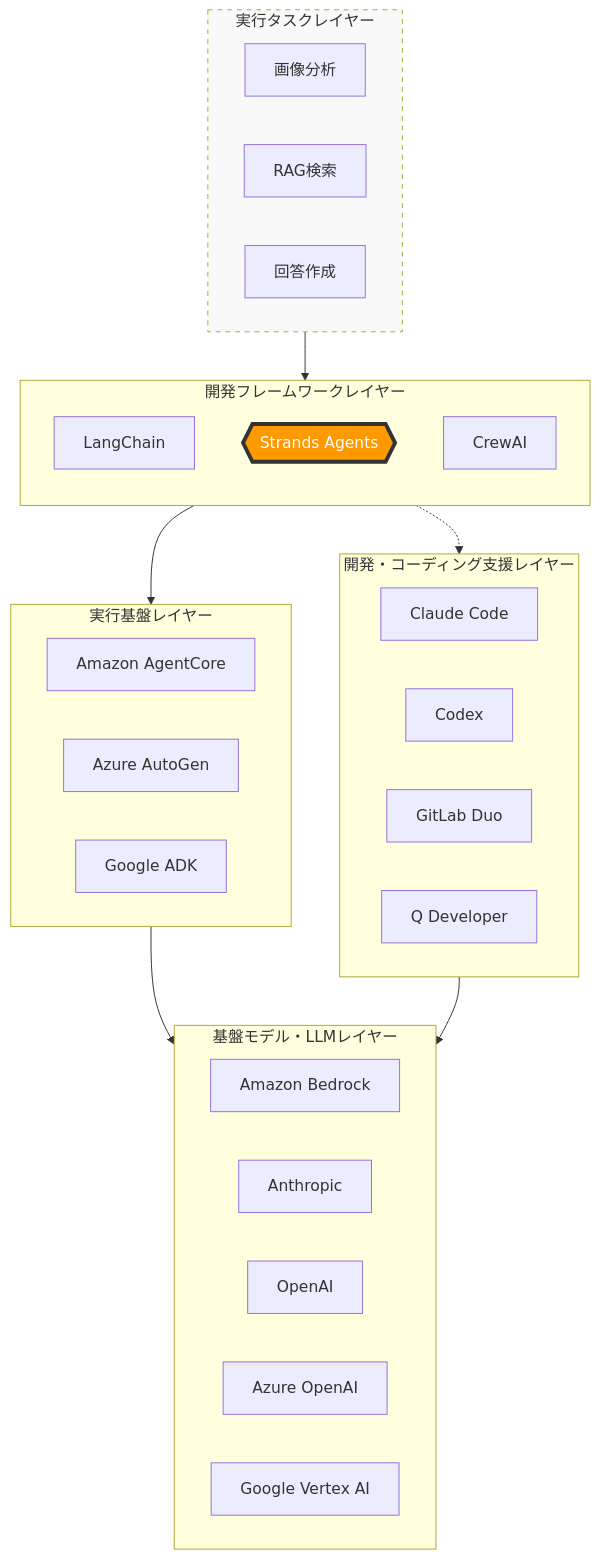
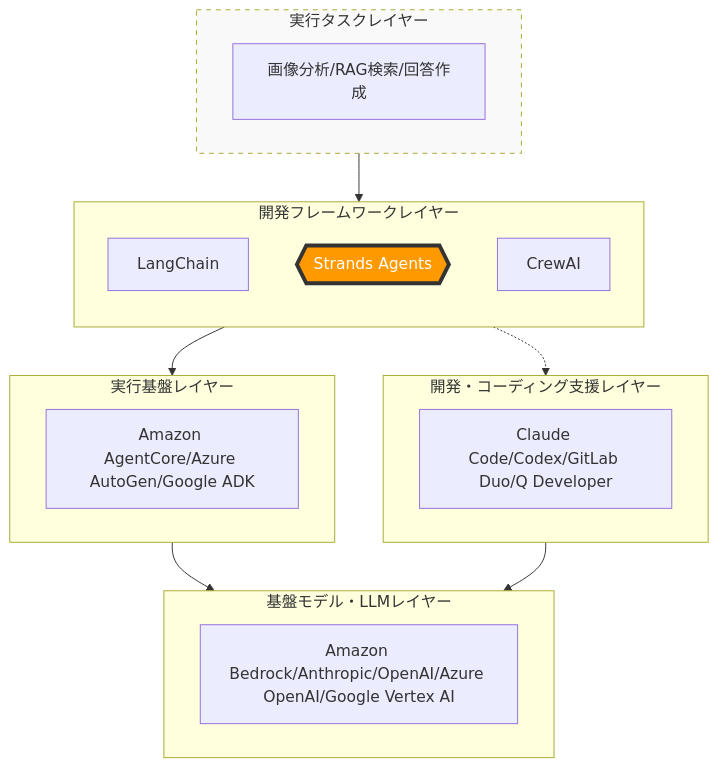
One commit to awk256/strandsagents changed the first of 4 diagrams in SUMMARY.md. Above: the diagram before and after it, drawn with Mermaid. The commit also changed other lines of this file and 1 other file, not shown here.

Commit message:
2026-01-09 11:58

````diff
--- a/SUMMARY.md
+++ b/SUMMARY.md
@@ -240,52 +245,41 @@
 ```mermaid
 graph TD
     %% 最上位：タスクとユーザー
     subgraph Execution_Layer [実行タスクレイヤー]
-        Task1[画像分析]
-        Task2[RAG検索]
-        Task3[回答作成]        
+        Task1[画像分析/RAG検索/回答作成]
     end
 
     %% 第二層：フレームワーク（オーケストレーション）
     subgraph Framework_Layer [開発フレームワークレイヤー]
         direction TB
         LangChain[LangChain]
         Strands{{Strands Agents}}
         CrewAI[CrewAI]
     end
 
     %% 第三層：開発支援・IDE・AIコーディング
     subgraph Dev_Tools [開発・コーディング支援レイヤー]
-        ClaudeCode[Claude Code]
-        Codex[Codex]
-        GitLab[GitLab Duo]
-        AmazonQ[Q Developer]
+        devTools[Claude Code/Codex/GitLab Duo/Q Developer]
     end
 
     %% 第四層：プラットフォーム・SDK
     subgraph Platform_Layer [実行基盤レイヤー]
-        AgentCore[Amazon AgentCore]
-        AutoGen[Azure AutoGen]
-        GoogleADK[Google ADK]
+        platformLayer[Amazon AgentCore/Azure AutoGen/Google ADK]
     end
 
     %% 第五層：基盤モデルプロバイダー（脳）
     subgraph Model_Layer [基盤モデル・LLMレイヤー]
-		AmazonBedrock[Amazon Bedrock]
-		Anthropic[Anthropic]
-		OpenAI[OpenAI]
-		AzureOpenAI[Azure OpenAI]
-		GoogleVertexAI[Google Vertex AI]
+		modelLayer[Amazon Bedrock/Anthropic/OpenAI/Azure OpenAI/Google Vertex AI]
     end
 
     %% 関連付け
     Execution_Layer --> Strands
     Strands -.-> Dev_Tools
     Strands --> Platform_Layer
     Platform_Layer --> Model_Layer
     Dev_Tools --> Model_Layer
 
     %% 強調スタイル
     style Strands fill:#FF9900,stroke:#333,stroke-width:4px,color:#fff
     style Execution_Layer fill:#f9f9f9,stroke-dasharray: 5 5
 ```
````
